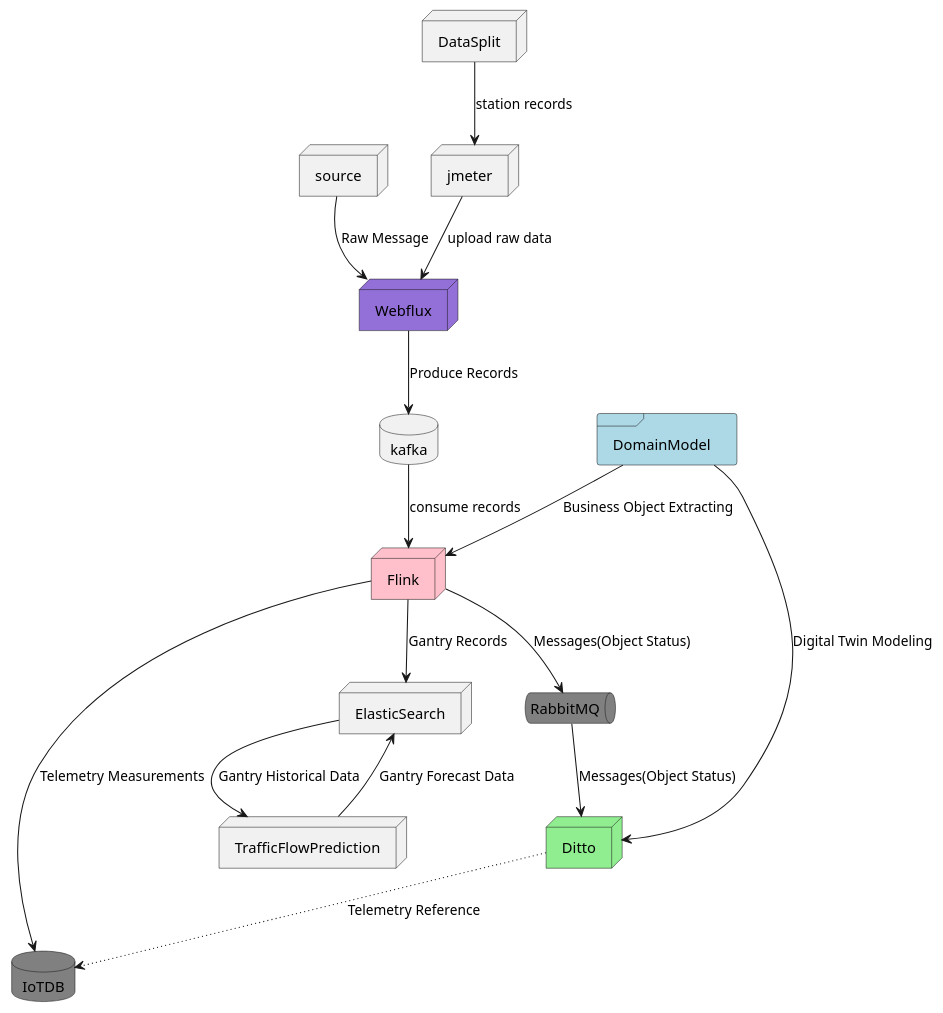
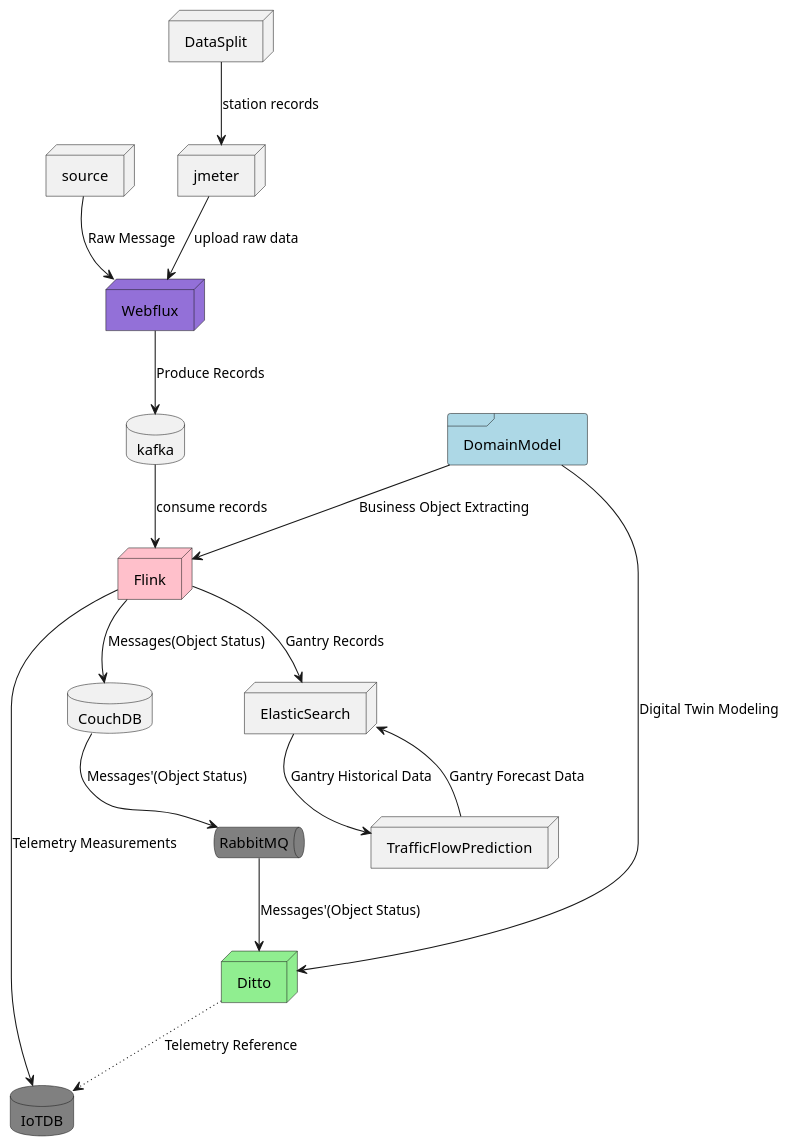
The diagram in docs/uml/deployment.pu (nemoworks/rodaki), drawn with PlantUML before and after one commit. The commit also changed 1 other file, not shown here.

```diff
--- a/docs/uml/deployment.pu
+++ b/docs/uml/deployment.pu
@@ -1,34 +1,37 @@
 @startuml
 ' left to right direction
 top to bottom direction
 
 frame DomainModel #lightblue
 node source
 node jmeter
 node DataSplit
 node Webflux #mediumpurple
 database kafka
 node Flink #pink
 node ElasticSearch 
 database IoTDB #grey
 queue RabbitMQ #grey
 node Ditto #lightgreen
 node TrafficFlowPrediction
+database CouchDB
+
 
 DomainModel -[plain]-> Flink   :Business Object Extracting
 DomainModel --> Ditto   :Digital Twin Modeling
 DataSplit --> jmeter    :station records
 jmeter --> Webflux  :upload raw data
 
 source --> Webflux      :Raw Message
 Webflux --> kafka       :Produce Records
 
 kafka --> Flink :consume records
-Flink --> RabbitMQ      :Messages(Object Status)
+Flink --> CouchDB      :Messages(Object Status)
+CouchDB --> RabbitMQ      :Messages'(Object Status)
 Flink --> IoTDB         :Telemetry Measurements
 Flink --> ElasticSearch :Gantry Records
 ElasticSearch --> TrafficFlowPrediction :Gantry Historical Data
 TrafficFlowPrediction -->ElasticSearch  :Gantry Forecast Data
-RabbitMQ --> Ditto      :Messages(Object Status)
+RabbitMQ --> Ditto      :Messages'(Object Status)
 Ditto -[dotted]-> IoTDB :Telemetry Reference
 @enduml
```
